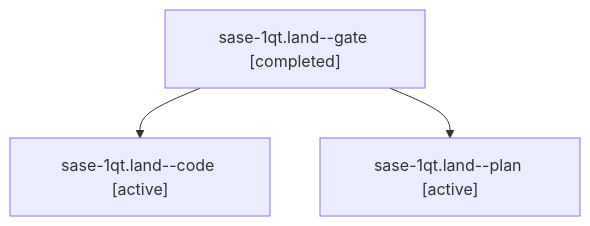
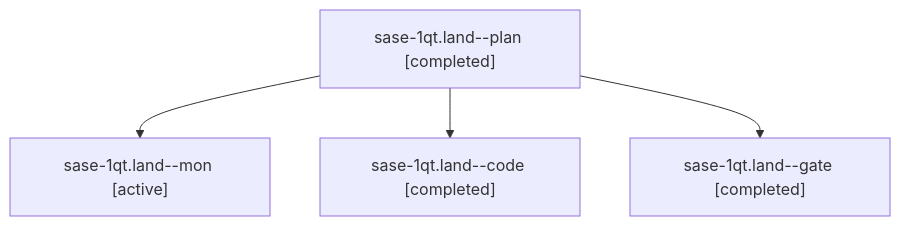
The diagram in sessions/bbugyi200.athena.sase-1qt.land.md (sase-org/sase--agents), drawn with Mermaid before and after one commit. The commit also changed other lines of this file and 47 other files, not shown here.

````diff
--- a/sessions/bbugyi200.athena.sase-1qt.land.md
+++ b/sessions/bbugyi200.athena.sase-1qt.land.md
@@ -9,8 +9,10 @@
 ```mermaid
 flowchart TD
-  n0["sase-1qt.land--gate [completed]"]
-  n1["sase-1qt.land--code [active]"]
+  n0["sase-1qt.land--plan [completed]"]
+  n1["sase-1qt.land--mon [active]"]
   n0 --> n1
-  n2["sase-1qt.land--plan [active]"]
+  n2["sase-1qt.land--code [completed]"]
   n0 --> n2
+  n3["sase-1qt.land--gate [completed]"]
+  n0 --> n3
 ```
````
